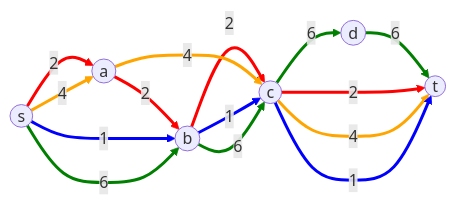
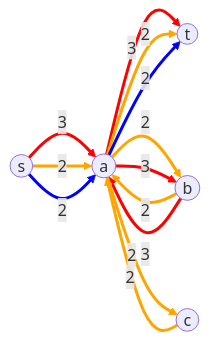
One commit to algbio/flowpaths changed the third of 3 diagrams in docs/subset-constraints.md. Above: the diagram before and after it, drawn with Mermaid. The commit also changed other lines of this file and 2 other files, not shown here.

````diff
--- a/docs/subset-constraints.md
+++ b/docs/subset-constraints.md
@@ -59,27 +58,26 @@
 ``` mermaid
 flowchart LR
     s((s))
     a((a))
+    t((t))
     b((b))
     c((c))
-    d((d))
-    t((t))
-    c -->|6| d
-    d -->|6| t
+
+    s -->|3| a
+    a -->|3| t
     s -->|2| a
+    a -->|2| t
     a -->|2| b
-    b -->|2| c
-    c -->|2| t
-    linkStyle 2,3,4,5 stroke:red,stroke-width:3;
-    s -->|4| a
-    a -->|4| c
-    c -->|4| t
-    linkStyle 6,7,8 stroke:orange,stroke-width:3;
-    s -->|1| b
-    b -->|1| c
-    c -->|1| t
-    linkStyle 9,10,11 stroke:blue,stroke-width:3;
-    s -->|6| b
-    b -->|6| c
-    linkStyle 0,1,12,13 stroke:green,stroke-width:3;
+    b -->|2| a
+    a -->|3| b
+    b -->|3| a
+
+
+    s -->|2| a
+    a -->|2| c
+    c -->|2| a
+    a -->|2| t
+    linkStyle 2,4,5,9,10,3 stroke:orange,stroke-width:3;
+    linkStyle 0,6,7,1 stroke:red,stroke-width:3;
+    linkStyle 8,11 stroke:blue,stroke-width:3;
 ```
````
